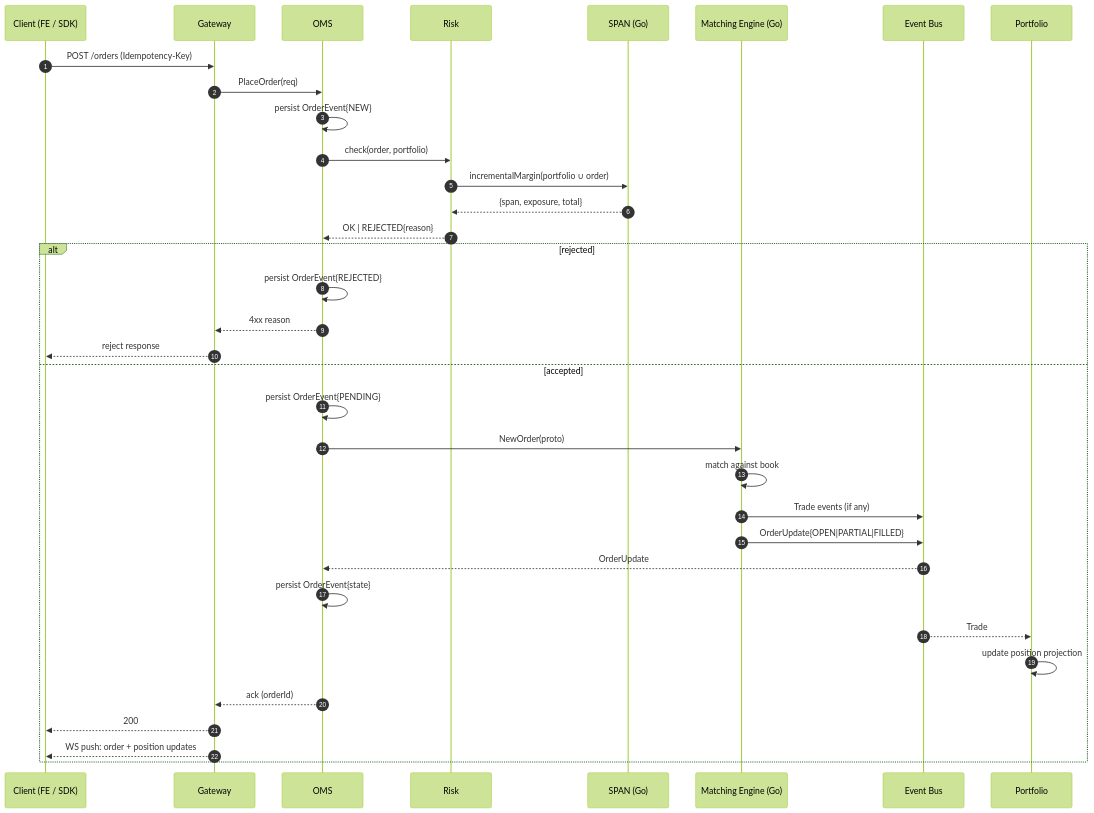
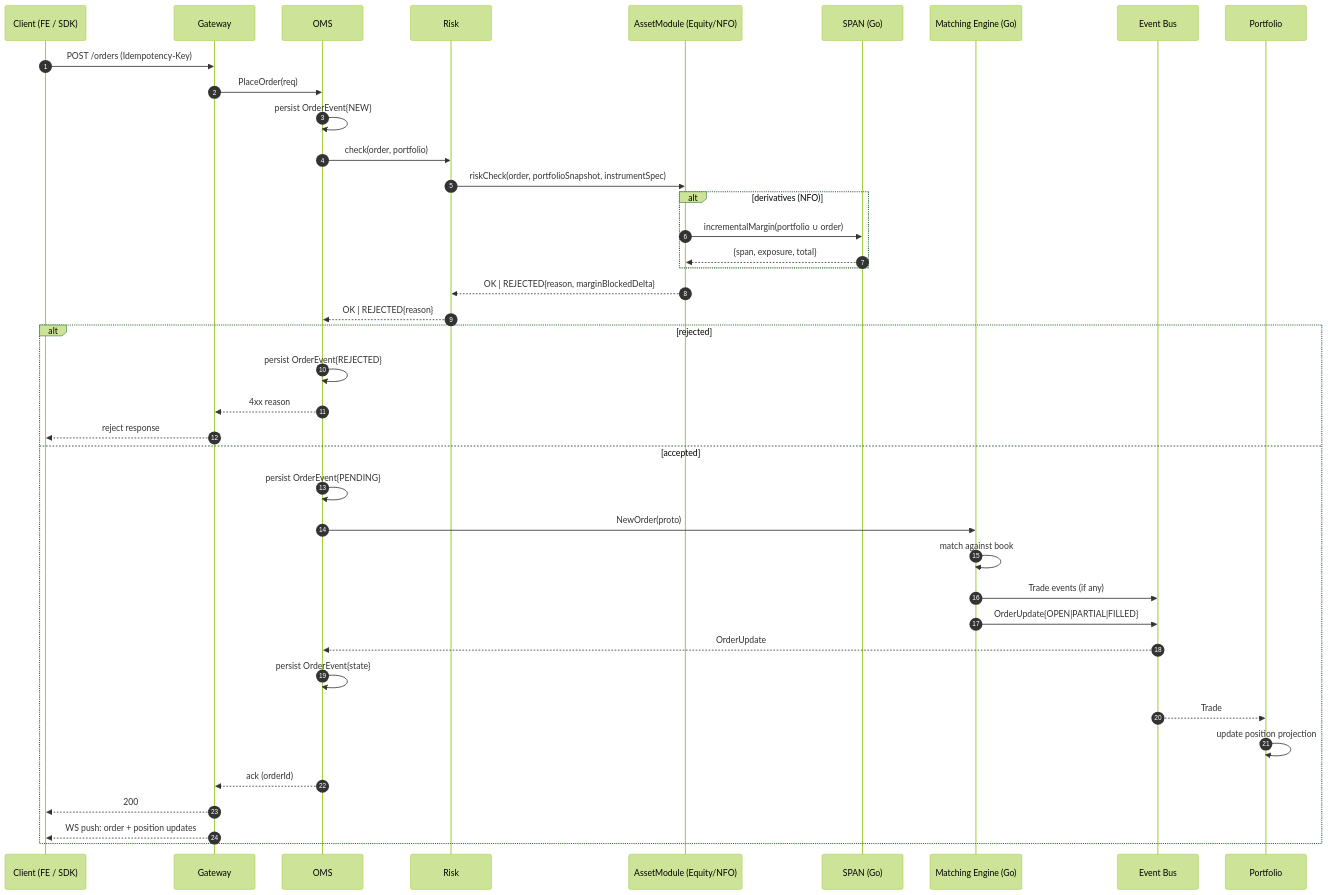
One commit to ganesh31/papertrading changed the second of 3 diagrams in docs/02-architecture.md. Above: the diagram before and after it, drawn with Mermaid (forest theme). The commit also changed other lines of this file and 15 other files, not shown here.

````diff
--- a/docs/02-architecture.md
+++ b/docs/02-architecture.md
@@ -98,38 +128,43 @@
 ```mermaid
 sequenceDiagram
   autonumber
   participant C as Client (FE / SDK)
   participant GW as Gateway
   participant OMS as OMS
   participant RISK as Risk
+  participant MOD as AssetModule (Equity/NFO)
   participant SPAN as SPAN (Go)
   participant ME as Matching Engine (Go)
   participant BUS as Event Bus
   participant PORT as Portfolio
 
   C->>GW: POST /orders (Idempotency-Key)
   GW->>OMS: PlaceOrder(req)
   OMS->>OMS: persist OrderEvent{NEW}
   OMS->>RISK: check(order, portfolio)
-  RISK->>SPAN: incrementalMargin(portfolio ∪ order)
-  SPAN-->>RISK: {span, exposure, total}
+  RISK->>MOD: riskCheck(order, portfolioSnapshot, instrumentSpec)
+  alt derivatives (NFO)
+    MOD->>SPAN: incrementalMargin(portfolio ∪ order)
+    SPAN-->>MOD: {span, exposure, total}
+  end
+  MOD-->>RISK: OK | REJECTED{reason, marginBlockedDelta}
   RISK-->>OMS: OK | REJECTED{reason}
   alt rejected
     OMS->>OMS: persist OrderEvent{REJECTED}
     OMS-->>GW: 4xx reason
     GW-->>C: reject response
   else accepted
     OMS->>OMS: persist OrderEvent{PENDING}
     OMS->>ME: NewOrder(proto)
     ME->>ME: match against book
     ME->>BUS: Trade events (if any)
     ME->>BUS: OrderUpdate{OPEN|PARTIAL|FILLED}
     BUS-->>OMS: OrderUpdate
     OMS->>OMS: persist OrderEvent{state}
     BUS-->>PORT: Trade
     PORT->>PORT: update position projection
     OMS-->>GW: ack (orderId)
     GW-->>C: 200
     GW-->>C: WS push: order + position updates
   end
 ```
````
